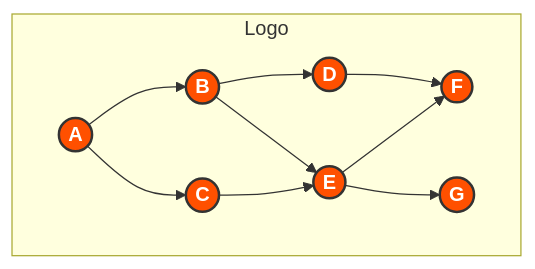
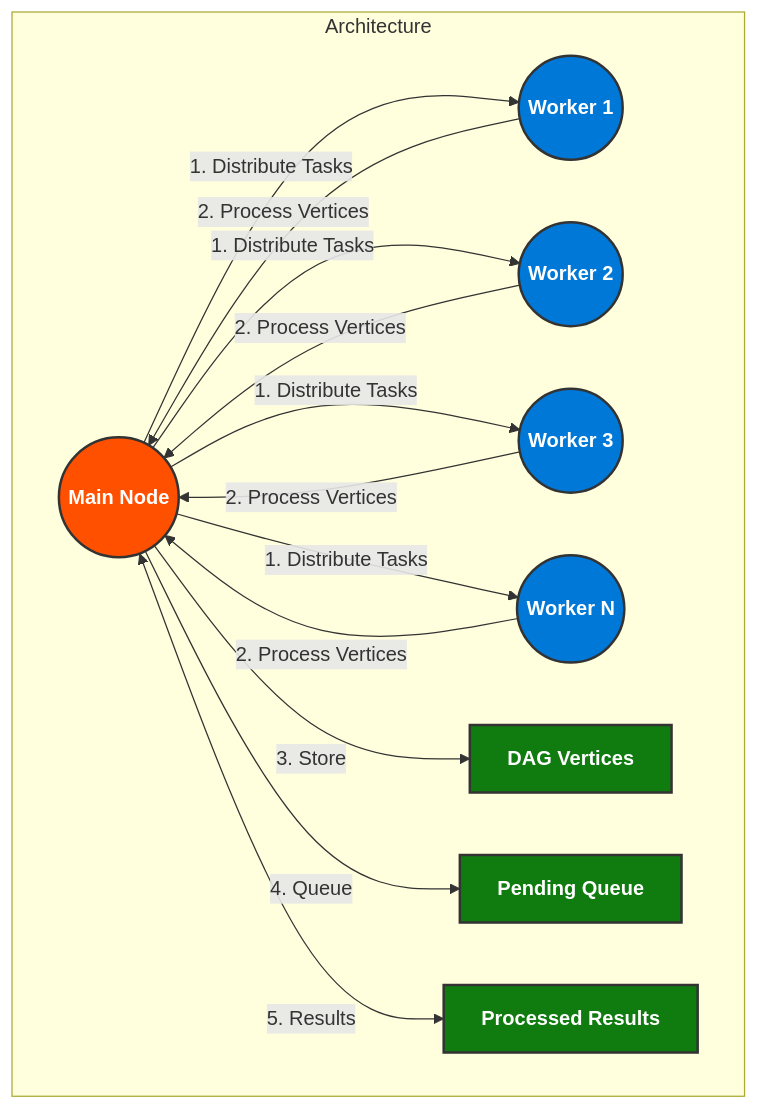
The diagram in README.md (Final-Project-13520137/avalanche-parallel), drawn with Mermaid before and after one commit. The commit also changed other lines of this file and 8 other files, not shown here.

````diff
--- a/README.md
+++ b/README.md
@@ -51,20 +51,24 @@
 ```mermaid
 graph TD
-    subgraph Logo
-        A((A)):::nodeStyle
-        B((B)):::nodeStyle
-        C((C)):::nodeStyle
-        D((D)):::nodeStyle
-        E((E)):::nodeStyle
-        F((F)):::nodeStyle
-        G((G)):::nodeStyle
+    subgraph Architecture
+        A((Main Node)):::mainNode
+        B((Worker 1)):::workerNode
+        C((Worker 2)):::workerNode
+        D((Worker 3)):::workerNode
+        E((Worker N)):::workerNode
         
-        A --> B & C
-        B --> D & E
-        C --> E
-        D --> F
-        E --> F & G
+        F[DAG Vertices]:::dataStore
+        G[Pending Queue]:::dataStore
+        H[Processed Results]:::dataStore
+        
+        A --> |1. Distribute Tasks| B & C & D & E
+        B & C & D & E --> |2. Process Vertices| A
+        A --> |3. Store| F
+        A --> |4. Queue| G
+        A <--> |5. Results| H
     end
     
-    classDef nodeStyle fill:#FF5000,stroke:#333,stroke-width:2px,color:white,font-weight:bold
+    classDef mainNode fill:#FF5000,stroke:#333,stroke-width:2px,color:white,font-weight:bold
+    classDef workerNode fill:#0078D7,stroke:#333,stroke-width:2px,color:white,font-weight:bold
+    classDef dataStore fill:#107C10,stroke:#333,stroke-width:2px,color:white,font-weight:bold
 ```
````
